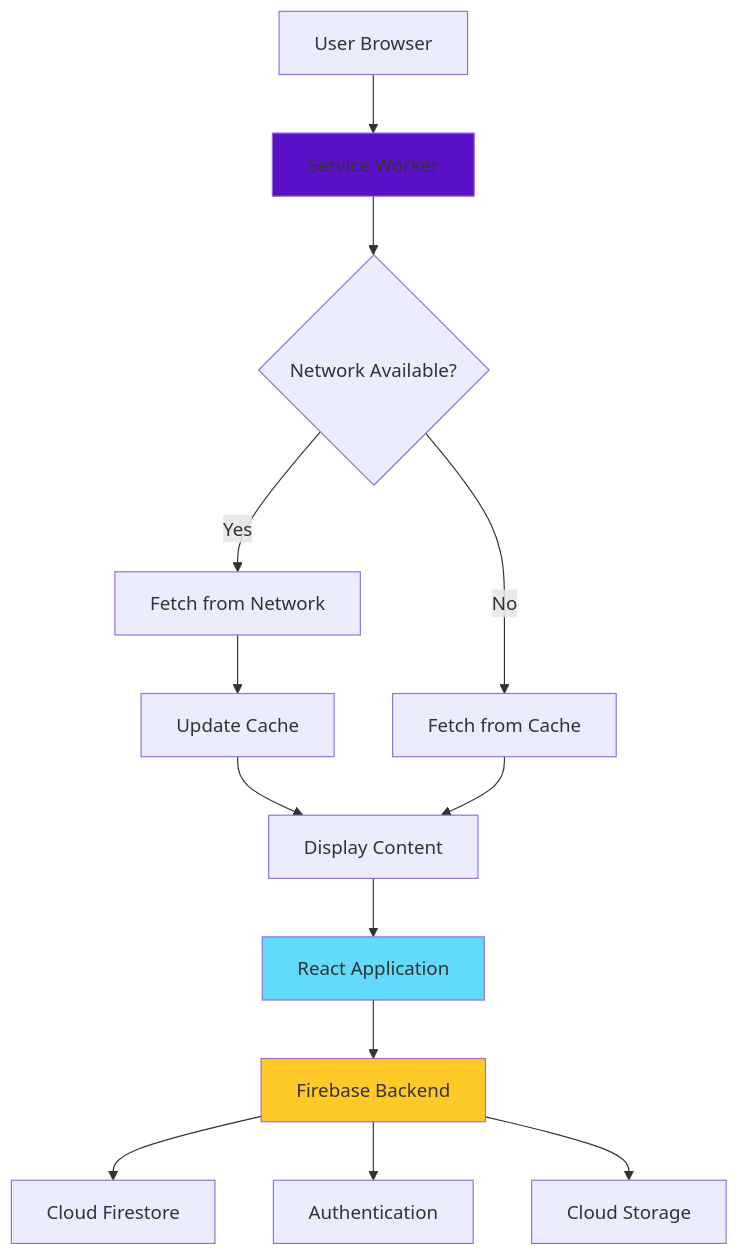
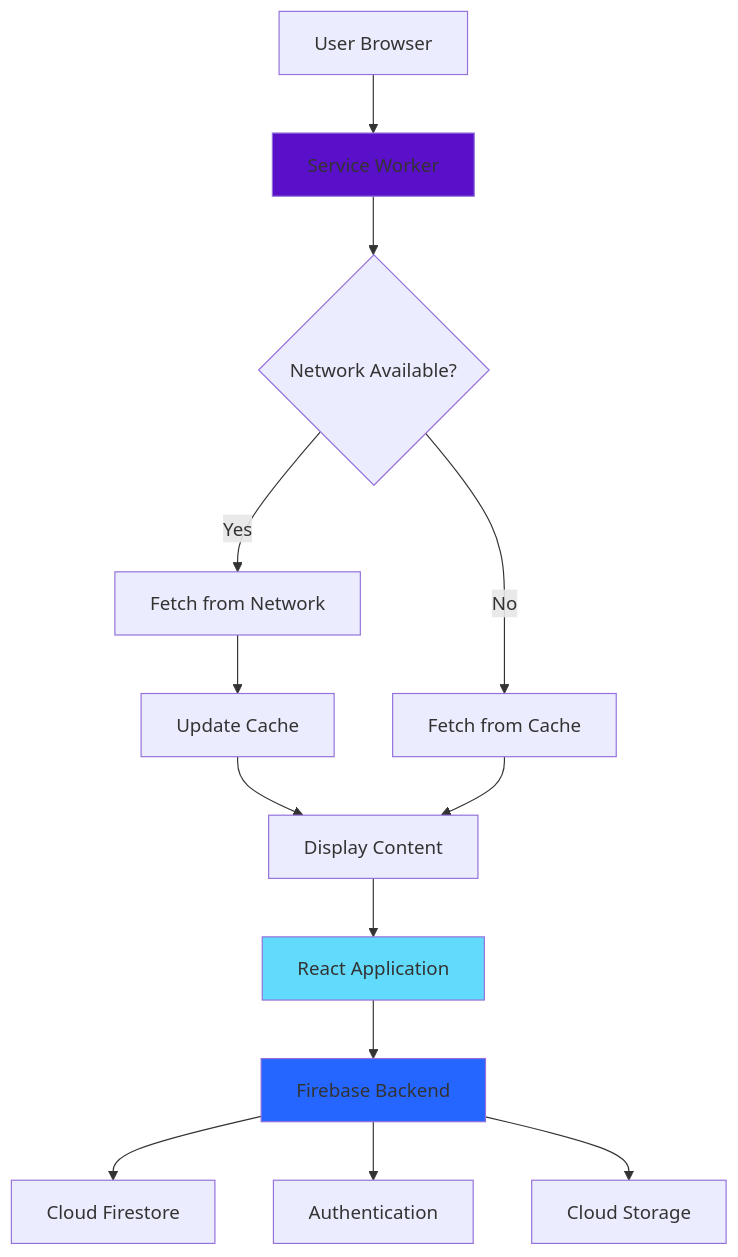
The diagram in README.md (theubaidistan/memento-2025), drawn with Mermaid before and after one commit.

Commit message:
fix: Update diagram color in README for better visibility

````diff
--- a/README.md
+++ b/README.md
@@ -18,19 +18,19 @@
 ```mermaid
 graph TB
     A[User Browser] --> B[Service Worker]
     B --> C{Network Available?}
     C -->|Yes| D[Fetch from Network]
     C -->|No| E[Fetch from Cache]
     D --> F[Update Cache]
     F --> G[Display Content]
     E --> G
     G --> H[React Application]
     H --> I[Firebase Backend]
     I --> J[Cloud Firestore]
     I --> K[Authentication]
     I --> L[Cloud Storage]
 
     style B fill:#5A0FC8
     style H fill:#61DAFB
-    style I fill:#FFCA28
+    style I fill:#2466ff
 ```
````
